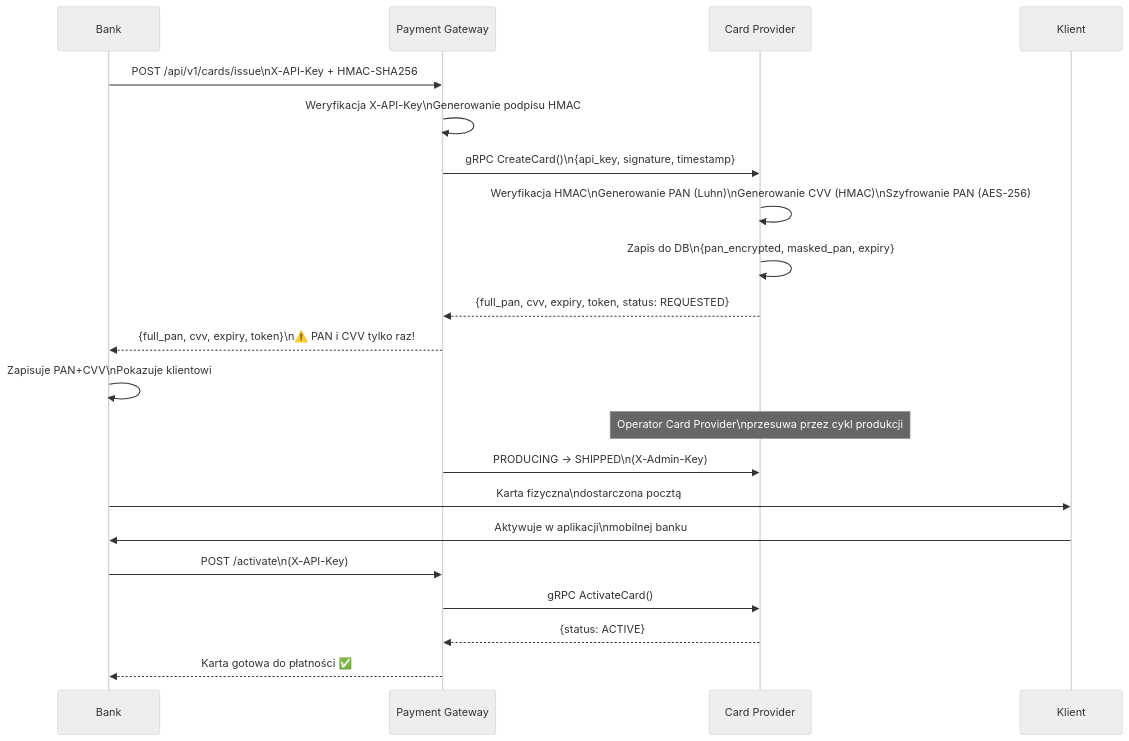
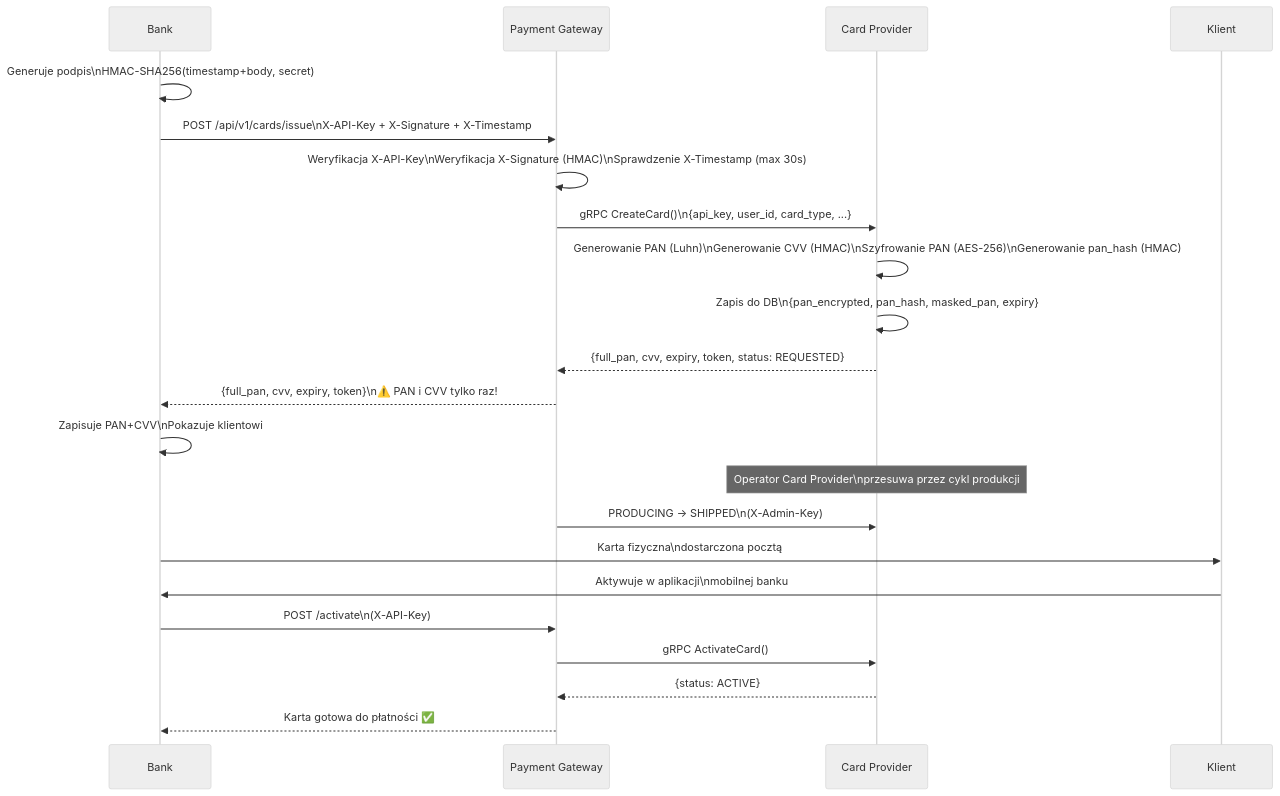
Before and after one commit to FilipSl3/Karty-Platnicze-Aplikacje-Biznesowe: the third of 6 diagrams in README.md, drawn with Mermaid (neutral theme). The commit also changed other lines of this file and 3 other files, not shown here.

````diff
--- a/README.md
+++ b/README.md
@@ -281,27 +358,28 @@
 ```mermaid
 sequenceDiagram
     participant B as Bank
     participant GW as Payment Gateway
     participant CP as Card Provider
     participant K as Klient
 
-    B->>GW: POST /api/v1/cards/issue\nX-API-Key + HMAC-SHA256
-    GW->>GW: Weryfikacja X-API-Key\nGenerowanie podpisu HMAC
-    GW->>CP: gRPC CreateCard()\n{api_key, signature, timestamp}
-    CP->>CP: Weryfikacja HMAC\nGenerowanie PAN (Luhn)\nGenerowanie CVV (HMAC)\nSzyfrowanie PAN (AES-256)
-    CP->>CP: Zapis do DB\n{pan_encrypted, masked_pan, expiry}
+    B->>B: Generuje podpis\nHMAC-SHA256(timestamp+body, secret)
+    B->>GW: POST /api/v1/cards/issue\nX-API-Key + X-Signature + X-Timestamp
+    GW->>GW: Weryfikacja X-API-Key\nWeryfikacja X-Signature (HMAC)\nSprawdzenie X-Timestamp (max 30s)
+    GW->>CP: gRPC CreateCard()\n{api_key, user_id, card_type, ...}
+    CP->>CP: Generowanie PAN (Luhn)\nGenerowanie CVV (HMAC)\nSzyfrowanie PAN (AES-256)\nGenerowanie pan_hash (HMAC)
+    CP->>CP: Zapis do DB\n{pan_encrypted, pan_hash, masked_pan, expiry}
     CP-->>GW: {full_pan, cvv, expiry, token, status: REQUESTED}
     GW-->>B: {full_pan, cvv, expiry, token}\n⚠️ PAN i CVV tylko raz!
 
     B->>B: Zapisuje PAN+CVV\nPokazuje klientowi
 
     Note over CP: Operator Card Provider\nprzesuwa przez cykl produkcji
     GW->>CP: PRODUCING → SHIPPED\n(X-Admin-Key)
 
     B->>K: Karta fizyczna\ndostarczona pocztą
     K->>B: Aktywuje w aplikacji\nmobilnej banku
     B->>GW: POST /activate\n(X-API-Key)
     GW->>CP: gRPC ActivateCard()
     CP-->>GW: {status: ACTIVE}
     GW-->>B: Karta gotowa do płatności ✅
 ```
````
